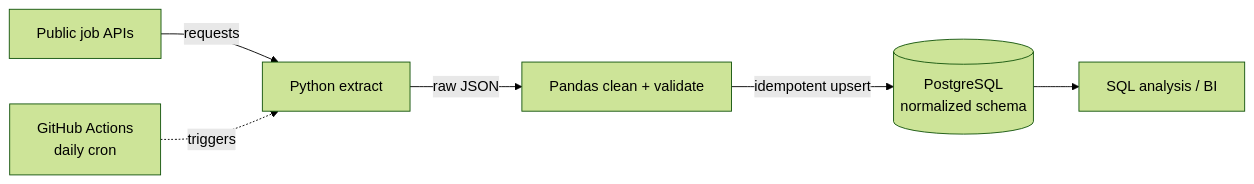
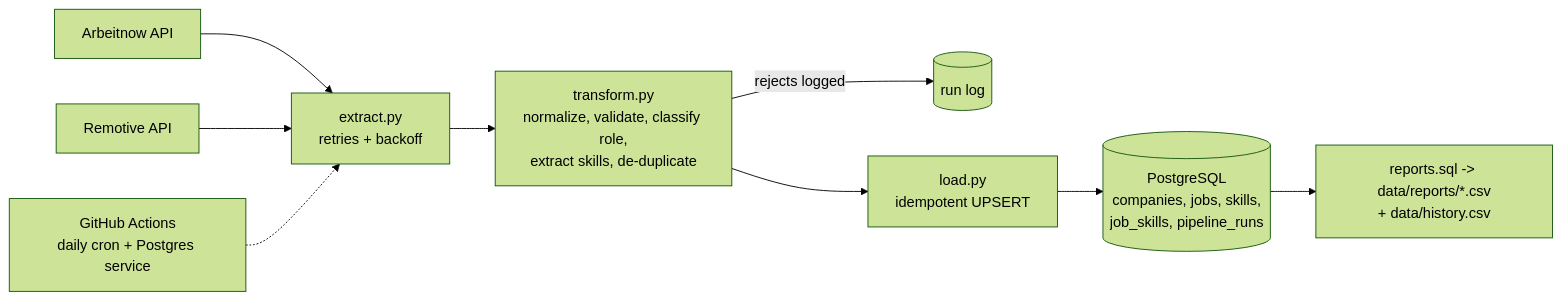
The diagram in README.md (VasilenData/tech-job-market-etl), drawn with Mermaid (forest theme) before and after one commit. The commit also changed other lines of this file and 2 other files, not shown here.

````diff
--- a/README.md
+++ b/README.md
@@ -12,8 +12,11 @@
 ```mermaid
 flowchart LR
-    A[Public job APIs] -->|requests| B[Python extract]
-    B -->|raw JSON| C[Pandas clean + validate]
-    C -->|idempotent upsert| D[(PostgreSQL<br/>normalized schema)]
-    E[GitHub Actions<br/>daily cron] -.triggers.-> B
-    D --> F[SQL analysis / BI]
+    A1[Arbeitnow API] --> B
+    A2[Remotive API] --> B[extract.py<br/>retries + backoff]
+    B --> C[transform.py<br/>normalize, validate, classify role,<br/>extract skills, de-duplicate]
+    C -->|rejects logged| L[(run log)]
+    C --> D[load.py<br/>idempotent UPSERT]
+    D --> E[(PostgreSQL<br/>companies, jobs, skills,<br/>job_skills, pipeline_runs)]
+    E --> F[reports.sql -> data/reports/*.csv<br/>+ data/history.csv]
+    G[GitHub Actions<br/>daily cron + Postgres service] -.-> B
 ```
````
